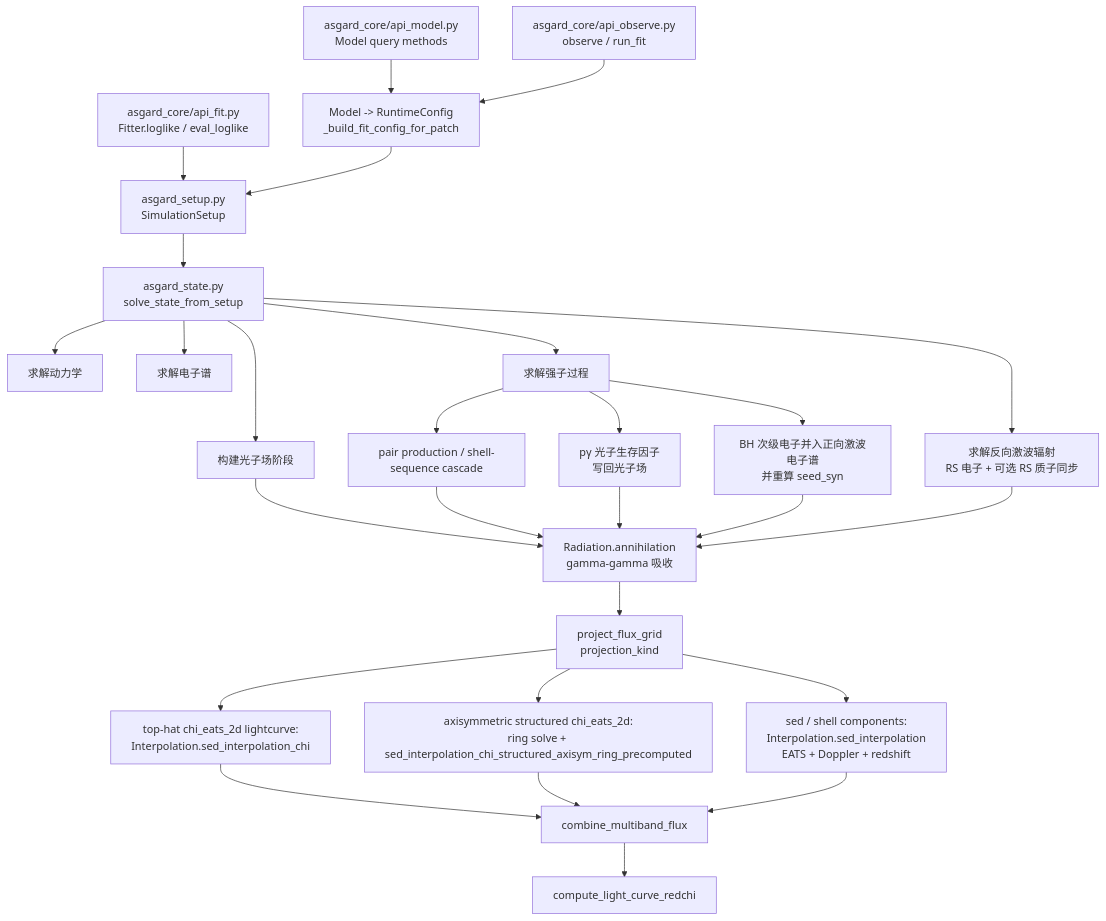
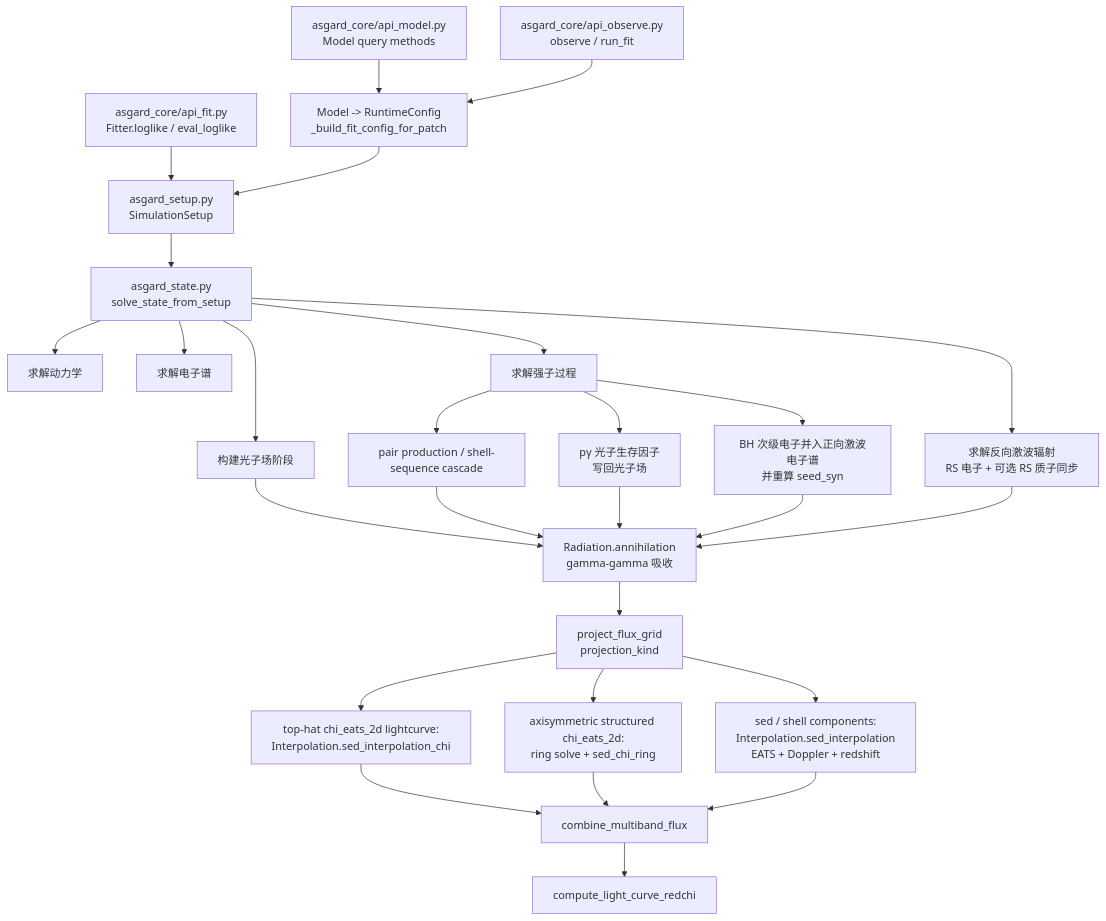
The first of 2 diagrams in doc/call_chain.md (mikuru1096/ASGARD_GRBAfterglow), drawn with Mermaid before and after one commit. The commit also changed other lines of this file and 262 other files, not shown here.

````diff
--- a/doc/call_chain.md
+++ b/doc/call_chain.md
@@ -7,29 +7,29 @@
 ```mermaid
 flowchart TD
     A["asgard_core/api_model.py\nModel query methods"] --> B["Model -> RuntimeConfig\n_build_fit_config_for_patch"]
     X["asgard_core/api_observe.py\nobserve / run_fit"] --> B
     Y["asgard_core/api_fit.py\nFitter.loglike / eval_loglike"] --> S
     B --> S["asgard_setup.py\nSimulationSetup"]
     S --> D["asgard_state.py\nsolve_state_from_setup"]
     D --> E["求解动力学"]
     D --> F["求解电子谱"]
     D --> G["求解反向激波辐射\nRS 电子 + 可选 RS 质子同步"]
     D --> H["构建光子场阶段"]
     D --> I["求解强子过程"]
     I --> J["BH 次级电子并入正向激波电子谱\n并重算 seed_syn"]
     I --> K["pγ 光子生存因子\n写回光子场"]
     I --> Q["pair production / shell-sequence cascade"]
     H --> L["Radiation.annihilation\ngamma-gamma 吸收"]
     Q --> L
     K --> L
     J --> L
     G --> L
     L --> M["project_flux_grid\nprojection_kind"]
     M --> N["top-hat chi_eats_2d lightcurve:\nInterpolation.sed_interpolation_chi"]
-    M --> T["axisymmetric structured chi_eats_2d:\nring solve + sed_interpolation_chi_structured_axisym_ring_precomputed"]
+    M --> T["axisymmetric structured chi_eats_2d:\nring solve + sed_chi_ring"]
     M --> R["sed / shell components:\nInterpolation.sed_interpolation\nEATS + Doppler + redshift"]
     N --> O["combine_multiband_flux"]
     T --> O
     R --> O
     O --> P["compute_light_curve_redchi"]
 ```
````
